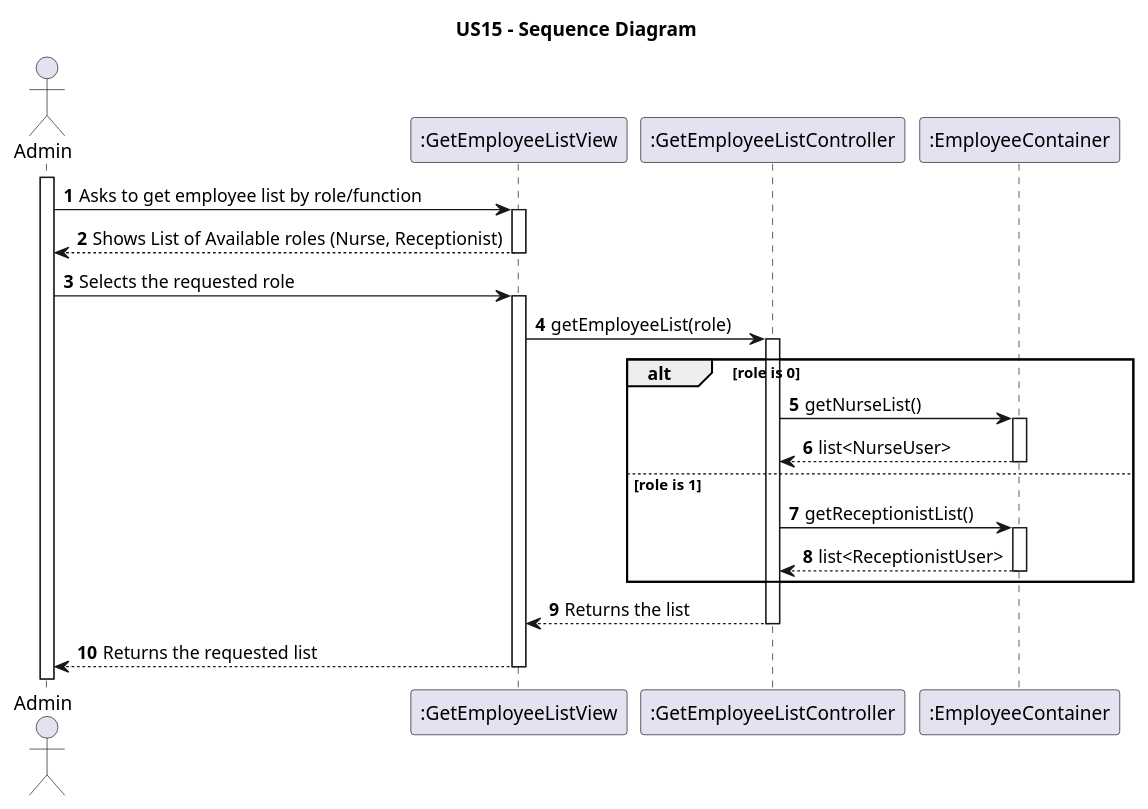
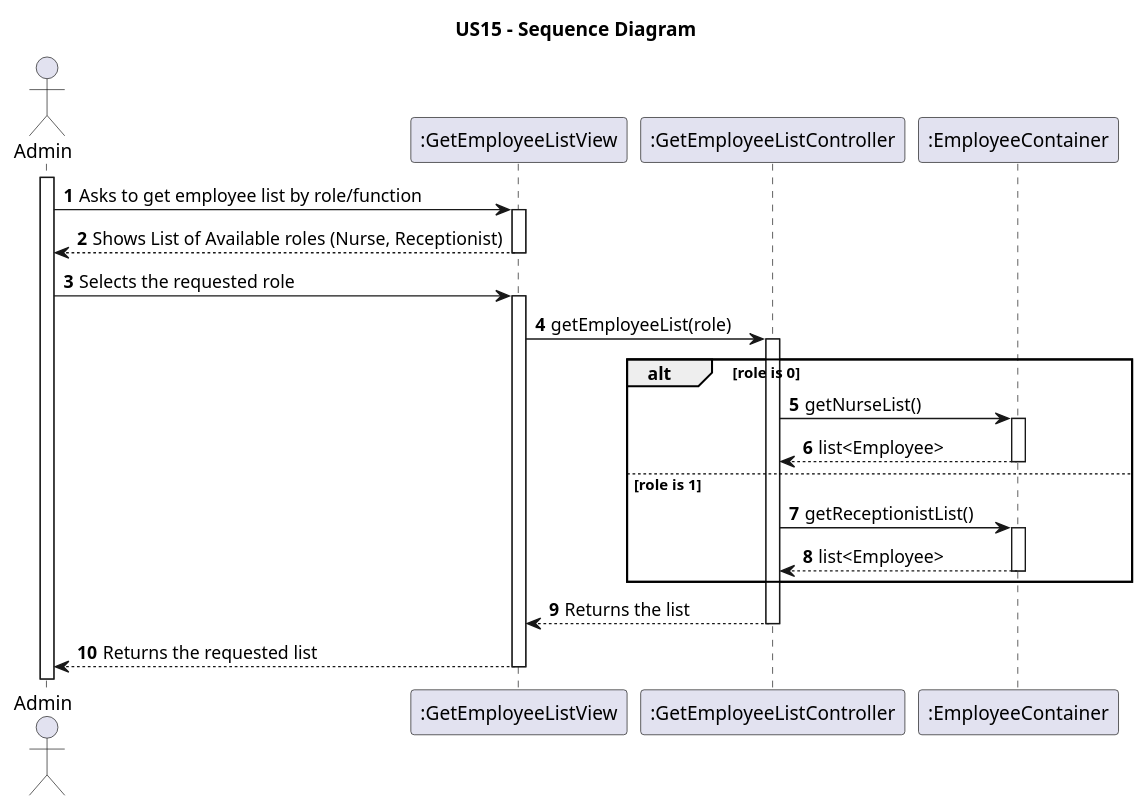
The diagram in docs/system-documentation/US15/puml/US15-SD.puml (pedroguilherme-web/leti-esoft-25-26-A1), drawn with PlantUML before and after one commit. The commit also changed 12 other files, not shown here.

Commit message:
Miguel e Lucas: - Adicionados os métodos getNurseList e getReceptionistList ao EmployeeContainer.h e EmployeeContainer.cpp e feitas pequenas alterações no Employee.h - Removido tudo sobre NurseContainer e ReceptionistContainer - Alteradas informações nas US14 e US15

```diff
--- a/docs/system-documentation/US15/puml/US15-SD.puml
+++ b/docs/system-documentation/US15/puml/US15-SD.puml
@@ -1,29 +1,29 @@
 @startuml
 title US15 - Sequence Diagram
 
 autoactivate on
 autonumber
 
 actor "Admin" as Admin
 participant ":GetEmployeeListView" as View
 participant ":GetEmployeeListController" as Controller
 participant ":EmployeeContainer" as EmploRepo
 
 activate Admin
 Admin -> View: Asks to get employee list by role/function
 View --> Admin: Shows List of Available roles (Nurse, Receptionist)
 Admin -> View: Selects the requested role
 View -> Controller: getEmployeeList(role)
 
 alt role is 0
     Controller -> EmploRepo: getNurseList()
-    EmploRepo --> Controller: list<NurseUser>
+    EmploRepo --> Controller: list<Employee>
 else role is 1
     Controller -> EmploRepo: getReceptionistList()
-    EmploRepo --> Controller: list<ReceptionistUser>
+    EmploRepo --> Controller: list<Employee>
 end
 
 Controller --> View: Returns the list
 View --> Admin: Returns the requested list
 
 @enduml
```
